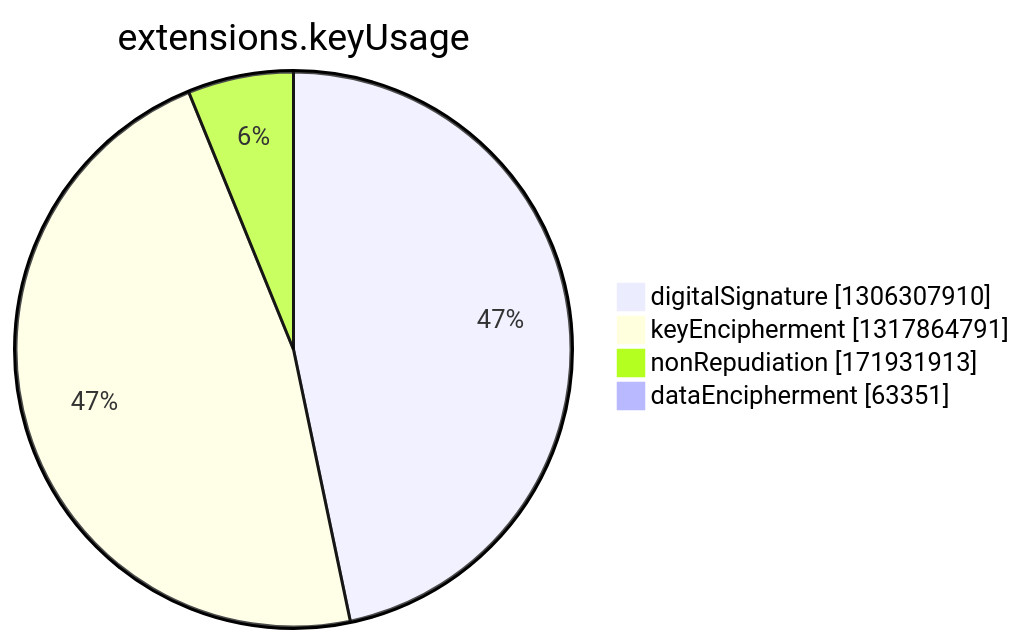
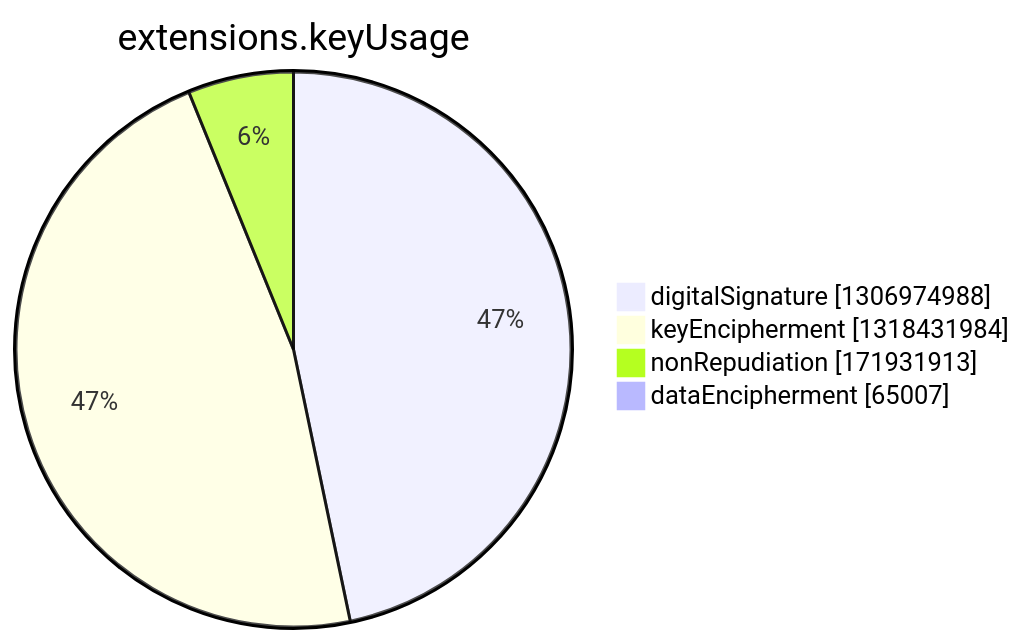
One commit to christiankrug/ctmonitor_visualization changed the seventh of 15 diagrams in argon2022/README.md. Above: the diagram before and after it, drawn with Mermaid. The commit also changed other lines of this file, not shown here.

````diff
--- a/argon2022/README.md
+++ b/argon2022/README.md
@@ -2750,8 +2750,8 @@
 ```mermaid
 pie showData
 title extensions.keyUsage
-"digitalSignature" :1306307910
-"keyEncipherment" :1317864791
+"digitalSignature" :1306974988
+"keyEncipherment" :1318431984
 "nonRepudiation" :171931913
-"dataEncipherment" :63351
+"dataEncipherment" :65007
 ```
````
